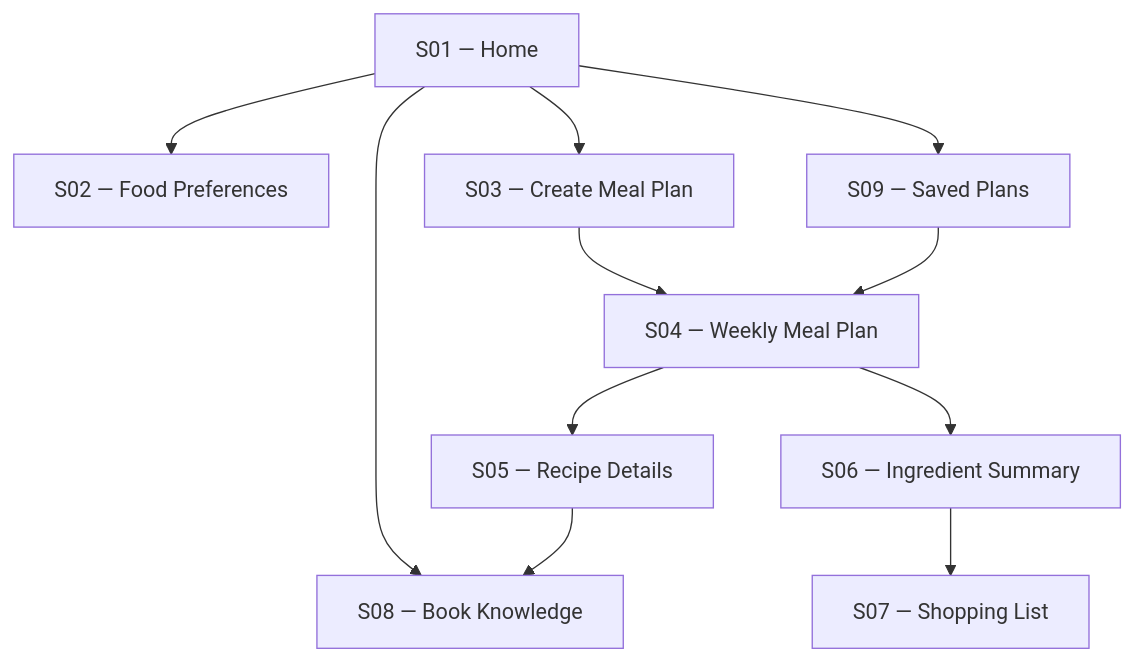
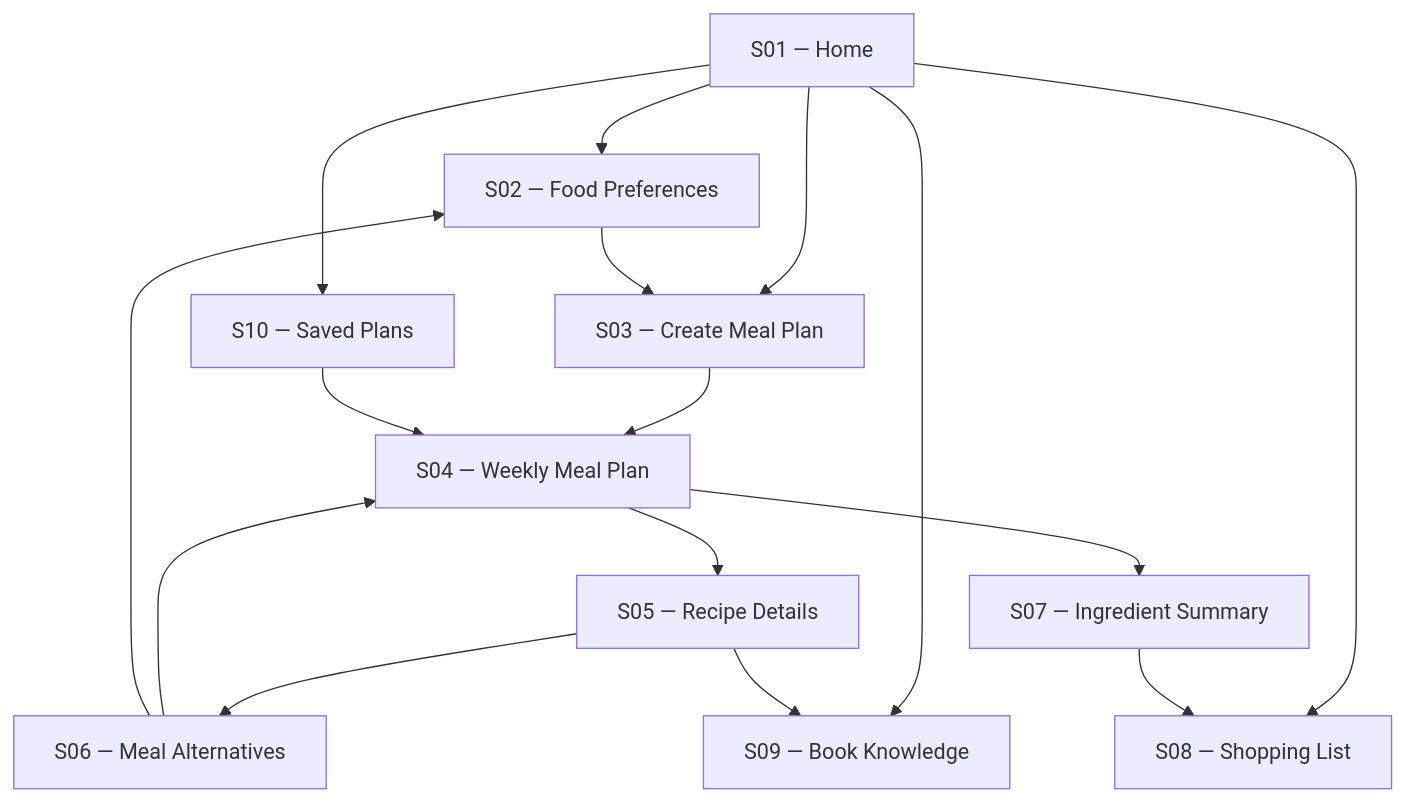
Before and after one commit to ruxenb/longvita: the first of 4 diagrams in ux/user-flow.md, drawn with Mermaid. The commit also changed other lines of this file and 4 other files, not shown here.

Commit message:
docs: sync user flows with screen inventory, add task sequence and stitch assets

````diff
--- a/ux/user-flow.md
+++ b/ux/user-flow.md
@@ -28,18 +32,23 @@
 ```mermaid
 flowchart TD
     HOME["S01 — Home"]
 
     HOME --> PREF["S02 — Food Preferences"]
     HOME --> CREATE["S03 — Create Meal Plan"]
-    HOME --> KNOW["S08 — Book Knowledge"]
-    HOME --> SAVED["S09 — Saved Plans"]
+    HOME --> SHOP["S08 — Shopping List"]
+    HOME --> KNOW["S09 — Book Knowledge"]
+    HOME --> SAVED["S10 — Saved Plans"]
 
+    PREF --> CREATE
     CREATE --> PLAN["S04 — Weekly Meal Plan"]
     SAVED --> PLAN
 
     PLAN --> RECIPE["S05 — Recipe Details"]
-    PLAN --> INGREDIENTS["S06 — Ingredient Summary"]
-    INGREDIENTS --> SHOP["S07 — Shopping List"]
+    PLAN --> INGREDIENTS["S07 — Ingredient Summary"]
+    INGREDIENTS --> SHOP
 
     RECIPE --> KNOW
+    RECIPE --> ALT["S06 — Meal Alternatives"]
+    ALT --> PLAN
+    ALT --> PREF
 ```
````
